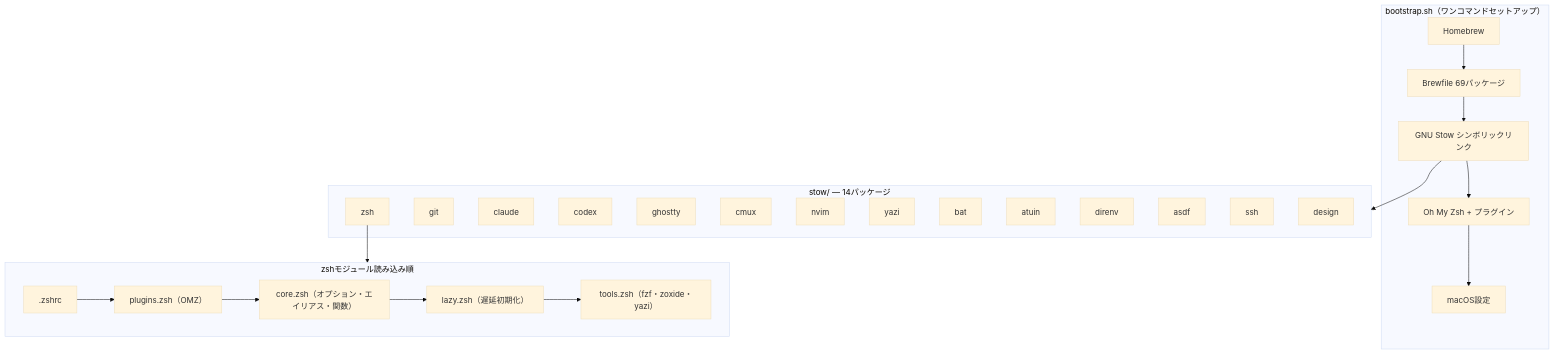
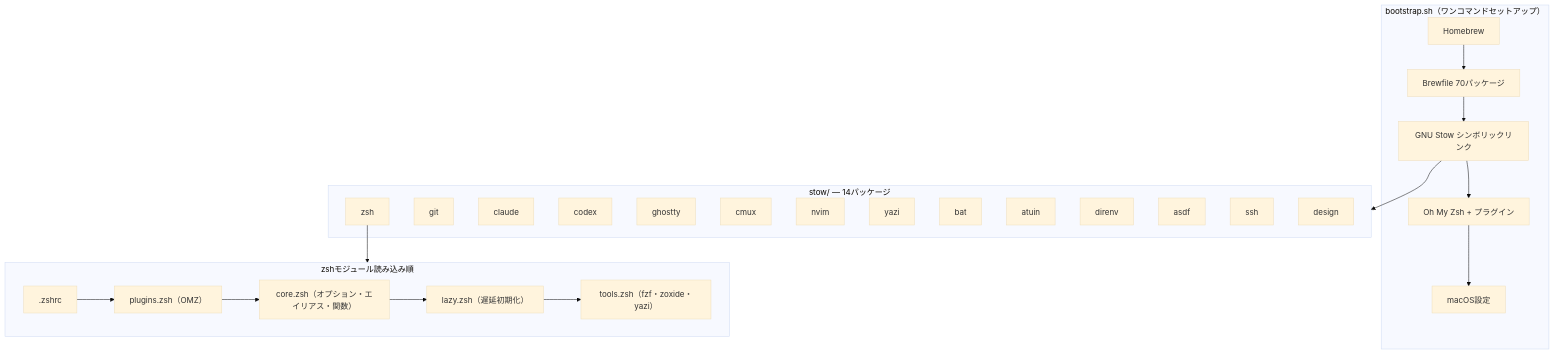
The diagram in README.md (otake-shol/dotfiles), drawn with Mermaid (base theme) before and after one commit. The commit also changed other lines of this file and 10 other files, not shown here.

````diff
--- a/README.md
+++ b/README.md
@@ -147,37 +148,37 @@
 ```mermaid
 graph TB
     subgraph bootstrap["bootstrap.sh（ワンコマンドセットアップ）"]
         B1[Homebrew]
-        B1 --> B2[Brewfile 69パッケージ]
+        B1 --> B2[Brewfile 70パッケージ]
         B2 --> B3[GNU Stow シンボリックリンク]
         B3 --> B4[Oh My Zsh + プラグイン]
         B4 --> B5[macOS設定]
     end
 
     subgraph stow["stow/ — 14パッケージ"]
         S1[zsh]
         S2[git]
         S3[claude]
         S4[codex]
         S5[ghostty]
         S6[cmux]
         S7[nvim]
         S8[yazi]
         S9[bat]
         S10[atuin]
         S11[direnv]
         S12[asdf]
         S13[ssh]
         S14[design]
     end
 
     subgraph shell["zshモジュール読み込み順"]
         Z1[".zshrc"] --> Z2["plugins.zsh（OMZ）"]
         Z2 --> Z3["core.zsh（オプション・エイリアス・関数）"]
         Z3 --> Z4["lazy.zsh（遅延初期化）"]
         Z4 --> Z5["tools.zsh（fzf・zoxide・yazi）"]
     end
 
     B3 --> stow
     S1 --> shell
 ```
````
